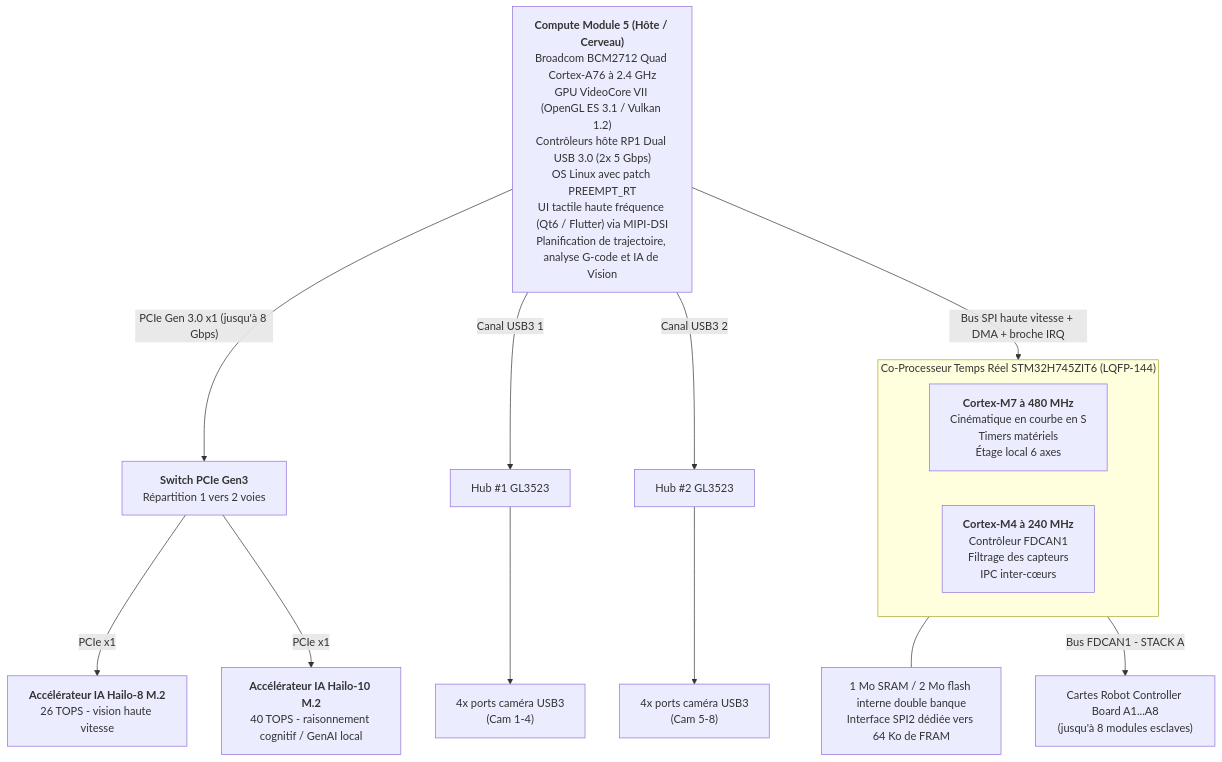
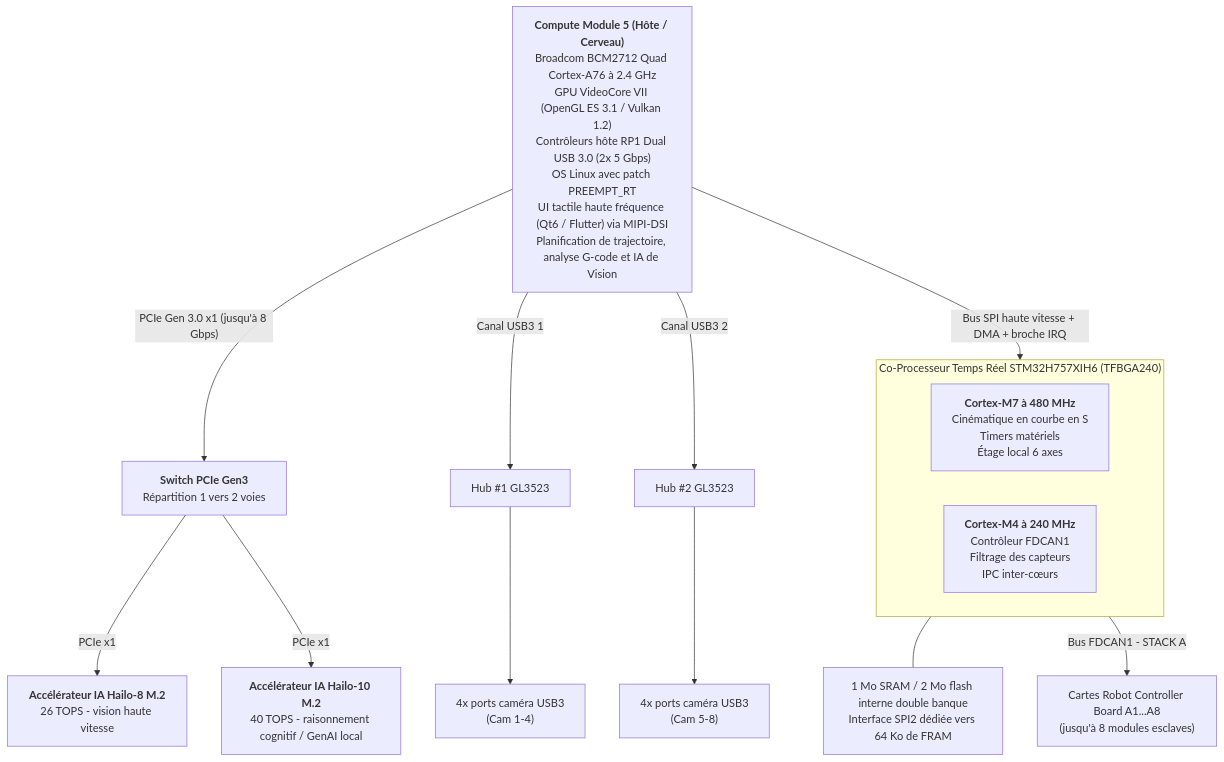
One commit to JuanenRac/HYDRA-UMC changed the first of 3 diagrams in README_fra.md. Above: the diagram before and after it, drawn with Mermaid. The commit also changed other lines of this file and 41 other files, not shown here.

````diff
--- a/README_fra.md
+++ b/README_fra.md
@@ -89,24 +91,24 @@
 ```mermaid
 flowchart TB
     CM5["<b>Compute Module 5 (Hôte / Cerveau)</b><br/>Broadcom BCM2712 Quad Cortex-A76 à 2.4 GHz<br/>GPU VideoCore VII (OpenGL ES 3.1 / Vulkan 1.2)<br/>Contrôleurs hôte RP1 Dual USB 3.0 (2x 5 Gbps)<br/>OS Linux avec patch PREEMPT_RT<br/>UI tactile haute fréquence (Qt6 / Flutter) via MIPI-DSI<br/>Planification de trajectoire, analyse G-code et IA de Vision"]
 
     CM5 -- "PCIe Gen 3.0 x1 (jusqu'à 8 Gbps)" --> PCIESW["<b>Switch PCIe Gen3</b><br/>Répartition 1 vers 2 voies"]
     PCIESW -- "PCIe x1" --> HAILO8["<b>Accélérateur IA Hailo-8 M.2</b><br/>26 TOPS - vision haute vitesse"]
     PCIESW -- "PCIe x1" --> HAILO10["<b>Accélérateur IA Hailo-10 M.2</b><br/>40 TOPS - raisonnement cognitif / GenAI local"]
     CM5 -- "Canal USB3 1" --> HUB1["Hub #1 GL3523"]
     CM5 -- "Canal USB3 2" --> HUB2["Hub #2 GL3523"]
     HUB1 --> CAM14["4x ports caméra USB3<br/>(Cam 1-4)"]
     HUB2 --> CAM58["4x ports caméra USB3<br/>(Cam 5-8)"]
 
     CM5 -- "Bus SPI haute vitesse + DMA + broche IRQ" --> MCU
 
-    subgraph MCU["Co-Processeur Temps Réel STM32H745ZIT6 (LQFP-144)"]
+    subgraph MCU["Co-Processeur Temps Réel STM32H757XIH6 (TFBGA240)"]
         direction LR
         CM7["<b>Cortex-M7 à 480 MHz</b><br/>Cinématique en courbe en S<br/>Timers matériels<br/>Étage local 6 axes"]
         CM4["<b>Cortex-M4 à 240 MHz</b><br/>Contrôleur FDCAN1<br/>Filtrage des capteurs<br/>IPC inter-cœurs"]
     end
     MEM["1 Mo SRAM / 2 Mo flash interne double banque<br/>Interface SPI2 dédiée vers 64 Ko de FRAM"]
     MCU --- MEM
 
     MCU -- "Bus FDCAN1 - STACK A" --> ROBOTS["Cartes Robot Controller Board A1...A8<br/>(jusqu'à 8 modules esclaves)"]
 ```
````
